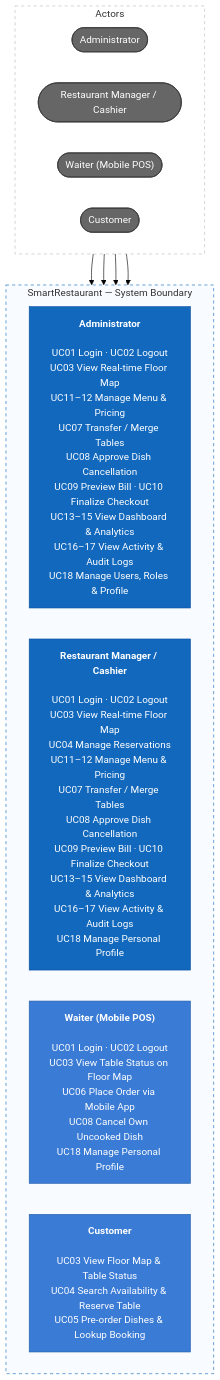
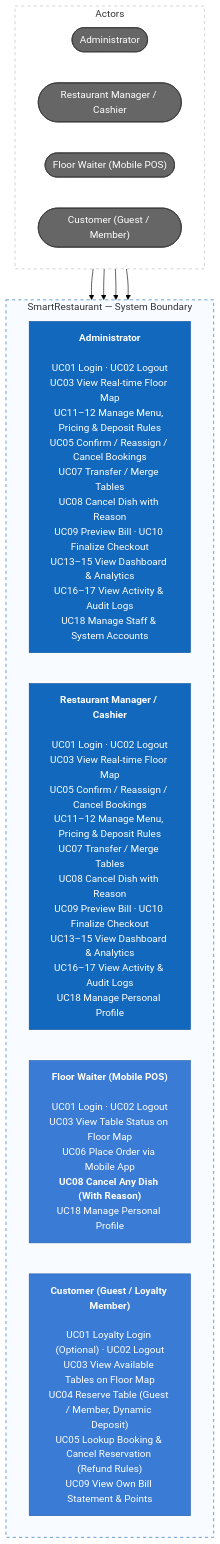
One commit to hoangvu180225-cell/smart-restaurant changed the first of 3 diagrams in Readme.md. Above: the diagram before and after it, drawn with Mermaid (forest theme). The commit also changed other lines of this file, not shown here.

````diff
--- a/Readme.md
+++ b/Readme.md
@@ -42,32 +42,32 @@
 ```mermaid
 flowchart TB
     subgraph roles["Actors"]
         direction LR
         admin(["Administrator"])
         manager(["Restaurant Manager / Cashier"])
-        waiter(["Waiter (Mobile POS)"])
-        customer(["Customer"])
+        waiter(["Floor Waiter (Mobile POS)"])
+        customer(["Customer (Guest / Member)"])
     end
 
     subgraph system["SmartRestaurant — System Boundary"]
         direction LR
-        adminCases["<b>Administrator</b><br/><br/>UC01 Login · UC02 Logout<br/>UC03 View Real-time Floor Map<br/>UC11–12 Manage Menu & Pricing<br/>UC07 Transfer / Merge Tables<br/>UC08 Approve Dish Cancellation<br/>UC09 Preview Bill · UC10 Finalize Checkout<br/>UC13–15 View Dashboard & Analytics<br/>UC16–17 View Activity & Audit Logs<br/>UC18 Manage Users, Roles & Profile"]
-        managerCases["<b>Restaurant Manager / Cashier</b><br/><br/>UC01 Login · UC02 Logout<br/>UC03 View Real-time Floor Map<br/>UC04 Manage Reservations<br/>UC11–12 Manage Menu & Pricing<br/>UC07 Transfer / Merge Tables<br/>UC08 Approve Dish Cancellation<br/>UC09 Preview Bill · UC10 Finalize Checkout<br/>UC13–15 View Dashboard & Analytics<br/>UC16–17 View Activity & Audit Logs<br/>UC18 Manage Personal Profile"]
-        waiterCases["<b>Waiter (Mobile POS)</b><br/><br/>UC01 Login · UC02 Logout<br/>UC03 View Table Status on Floor Map<br/>UC06 Place Order via Mobile App<br/>UC08 Cancel Own Uncooked Dish<br/>UC18 Manage Personal Profile"]
-        customerCases["<b>Customer</b><br/><br/>UC03 View Floor Map & Table Status<br/>UC04 Search Availability & Reserve Table<br/>UC05 Pre-order Dishes & Lookup Booking"]
+        adminCases["<b>Administrator</b><br/><br/>UC01 Login · UC02 Logout<br/>UC03 View Real-time Floor Map<br/>UC11–12 Manage Menu, Pricing & Deposit Rules<br/>UC05 Confirm / Reassign / Cancel Bookings<br/>UC07 Transfer / Merge Tables<br/>UC08 Cancel Dish with Reason<br/>UC09 Preview Bill · UC10 Finalize Checkout<br/>UC13–15 View Dashboard & Analytics<br/>UC16–17 View Activity & Audit Logs<br/>UC18 Manage Staff & System Accounts"]
+        managerCases["<b>Restaurant Manager / Cashier</b><br/><br/>UC01 Login · UC02 Logout<br/>UC03 View Real-time Floor Map<br/>UC05 Confirm / Reassign / Cancel Bookings<br/>UC11–12 Manage Menu, Pricing & Deposit Rules<br/>UC07 Transfer / Merge Tables<br/>UC08 Cancel Dish with Reason<br/>UC09 Preview Bill · UC10 Finalize Checkout<br/>UC13–15 View Dashboard & Analytics<br/>UC16–17 View Activity & Audit Logs<br/>UC18 Manage Personal Profile"]
+        waiterCases["<b>Floor Waiter (Mobile POS)</b><br/><br/>UC01 Login · UC02 Logout<br/>UC03 View Table Status on Floor Map<br/>UC06 Place Order via Mobile App<br/><b>UC08 Cancel Any Dish (With Reason)</b><br/>UC18 Manage Personal Profile"]
+        customerCases["<b>Customer (Guest / Loyalty Member)</b><br/><br/>UC01 Loyalty Login (Optional) · UC02 Logout<br/>UC03 View Available Tables on Floor Map<br/>UC04 Reserve Table (Guest / Member, Dynamic Deposit)<br/>UC05 Lookup Booking & Cancel Reservation (Refund Rules)<br/>UC09 View Own Bill Statement & Points"]
     end
 
     admin --> adminCases
     manager --> managerCases
     waiter --> waiterCases
     customer --> customerCases
 
     classDef actor fill:#666,color:#fff,stroke:#333
     classDef primary fill:#1168bd,color:#fff,stroke:#0b4f9e
     classDef standard fill:#3a7bd5,color:#fff,stroke:#245fa8
     class admin,manager,waiter,customer actor
     class adminCases,managerCases primary
     class waiterCases,customerCases standard
     style roles fill:#fff,stroke:#bbb,stroke-dasharray:5 5
     style system fill:#f8fbff,stroke:#1168bd,stroke-dasharray:5 5
 ```
````
